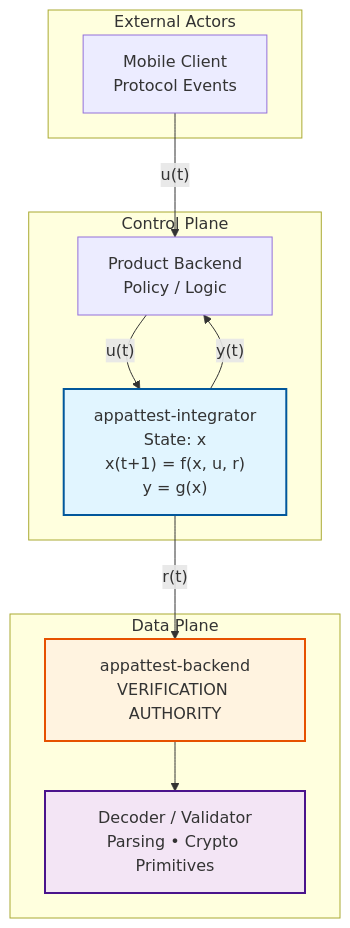
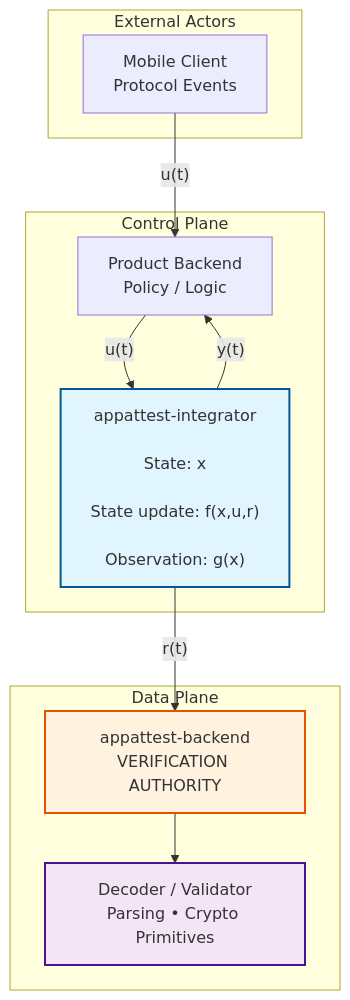
One commit to Mikedan37/appattest-integrator changed the diagram in docs/CONTROL_MODEL.md. Above: the diagram before and after it, drawn with Mermaid. The commit also changed other lines of this file and 1 other file, not shown here.

First line of the commit message:
Fix GitHub Markdown rendering issues: underscores and Mermaid

````diff
--- a/docs/CONTROL_MODEL.md
+++ b/docs/CONTROL_MODEL.md
@@ -212,26 +262,29 @@
 ```mermaid
 flowchart TB
     subgraph External["External Actors"]
         MC[Mobile Client<br/>Protocol Events]
     end
     
     subgraph Control["Control Plane"]
         PB[Product Backend<br/>Policy / Logic]
-        INT["appattest-integrator<br/>State: x<br/>x(t+1) = f(x, u, r)<br/>y = g(x)"]
+        INT["appattest-integrator<br/>
+State: x<br/>
+State update: f(x,u,r)<br/>
+Observation: g(x)"]
     end
     
     subgraph Data["Data Plane"]
         BE[appattest-backend<br/>VERIFICATION AUTHORITY]
         DP[Decoder / Validator<br/>Parsing • Crypto Primitives]
     end
     
     MC -->|"u(t)"| PB
     PB -->|"u(t)"| INT
     INT -->|"r(t)"| BE
     BE --> DP
     INT -->|"y(t)"| PB
     
     style INT fill:#e1f5ff,stroke:#01579b,stroke-width:2px
     style BE fill:#fff3e0,stroke:#e65100,stroke-width:2px
     style DP fill:#f3e5f5,stroke:#4a148c,stroke-width:2px
 ```
````
